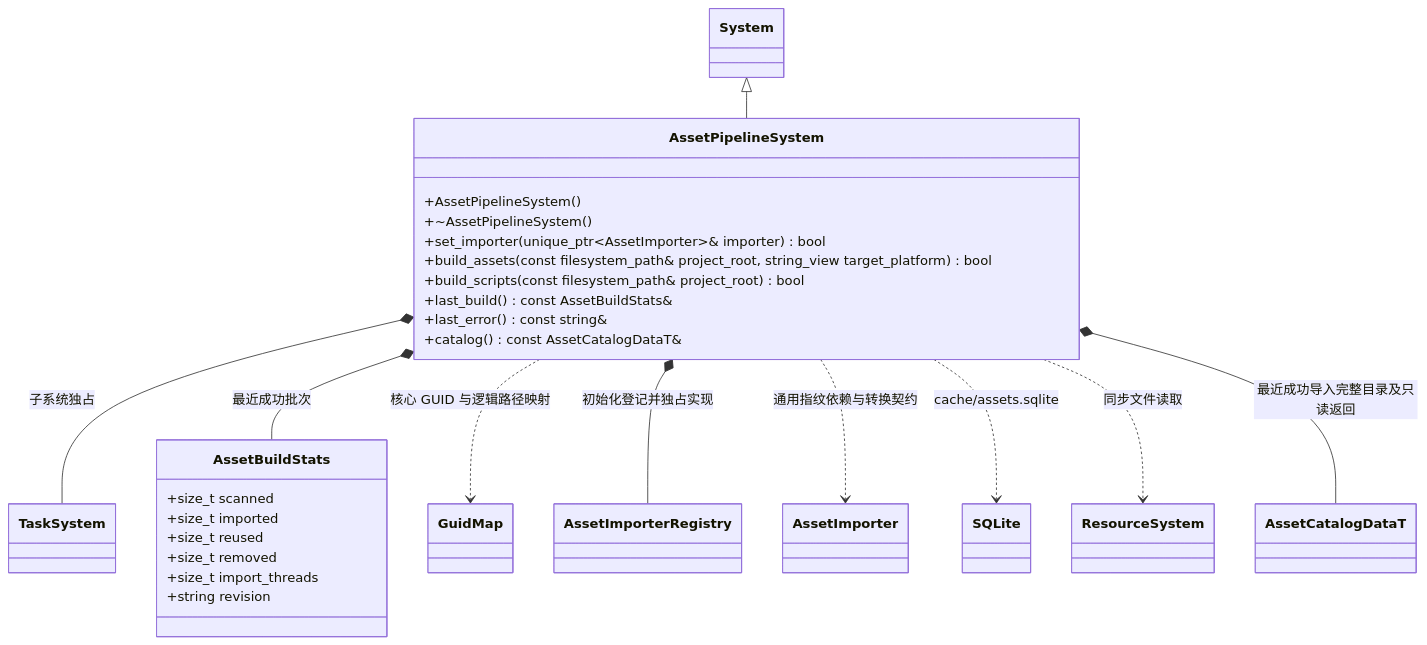
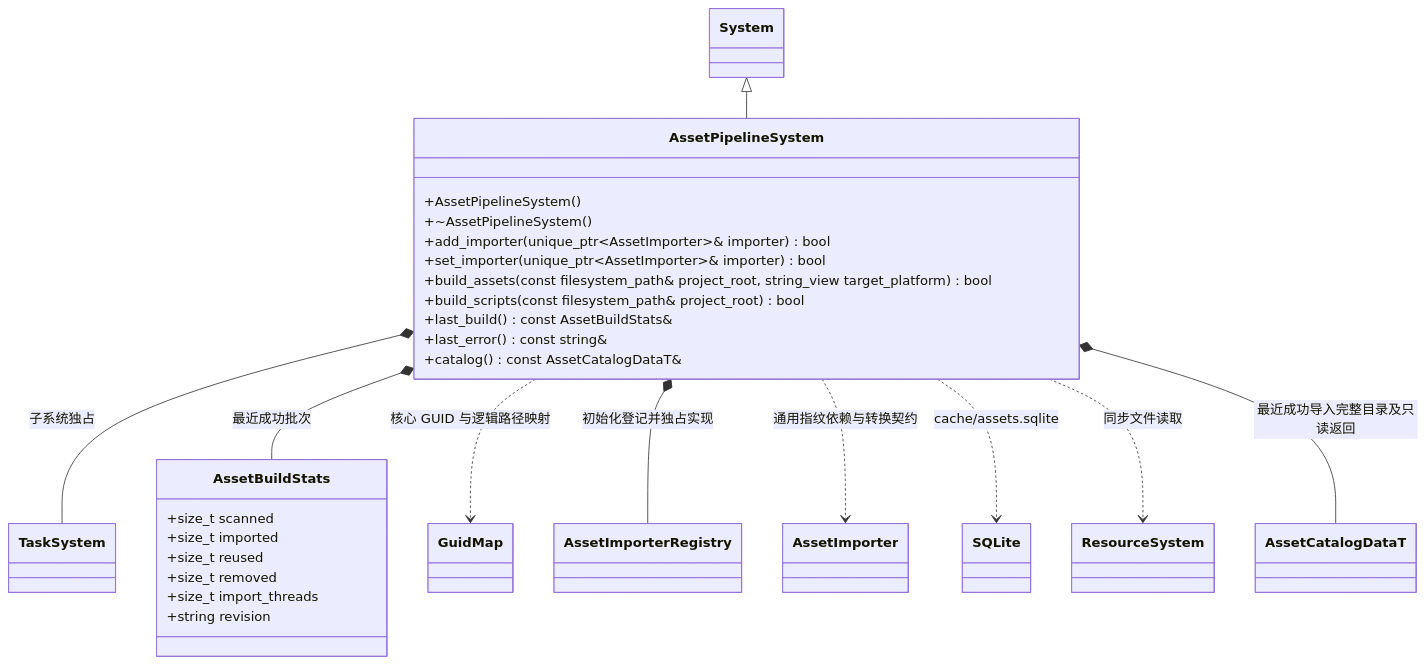
Before and after one commit to lcals/Engine: the diagram in docs/editor/class-diagrams/asset-pipeline-system.md, drawn with Mermaid. The commit also changed other lines of this file and 213 other files, not shown here.

````diff
--- a/docs/editor/class-diagrams/asset-pipeline-system.md
+++ b/docs/editor/class-diagrams/asset-pipeline-system.md
@@ -7,38 +7,39 @@
 ```mermaid
 classDiagram
     class System
     class AssetPipelineSystem {
         +AssetPipelineSystem()
         +~AssetPipelineSystem()
+        +add_importer(unique_ptr~AssetImporter~& importer) bool
         +set_importer(unique_ptr~AssetImporter~& importer) bool
         +build_assets(const filesystem_path& project_root, string_view target_platform) bool
         +build_scripts(const filesystem_path& project_root) bool
         +last_build() const AssetBuildStats&
         +last_error() const string&
         +catalog() const AssetCatalogDataT&
     }
     class AssetBuildStats {
         +size_t scanned
         +size_t imported
         +size_t reused
         +size_t removed
         +size_t import_threads
         +string revision
     }
     class TaskSystem
     class GuidMap
     class AssetImporterRegistry
     class AssetImporter
     class SQLite
     class ResourceSystem
     class AssetCatalogDataT
     System <|-- AssetPipelineSystem
     AssetPipelineSystem *-- TaskSystem : 子系统独占
     AssetPipelineSystem *-- AssetBuildStats : 最近成功批次
     AssetPipelineSystem ..> GuidMap : 核心 GUID 与逻辑路径映射
     AssetPipelineSystem *-- AssetImporterRegistry : 初始化登记并独占实现
     AssetPipelineSystem ..> AssetImporter : 通用指纹依赖与转换契约
     AssetPipelineSystem ..> SQLite : cache/assets.sqlite
     AssetPipelineSystem ..> ResourceSystem : 同步文件读取
     AssetPipelineSystem *-- AssetCatalogDataT : 最近成功导入完整目录及只读返回
 ```
````
